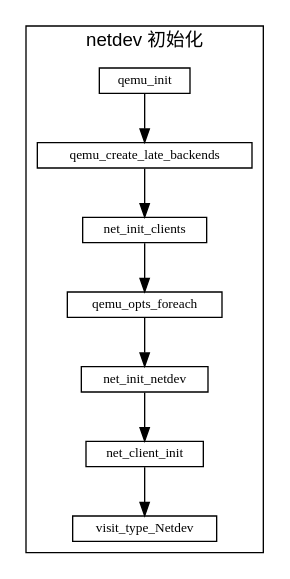
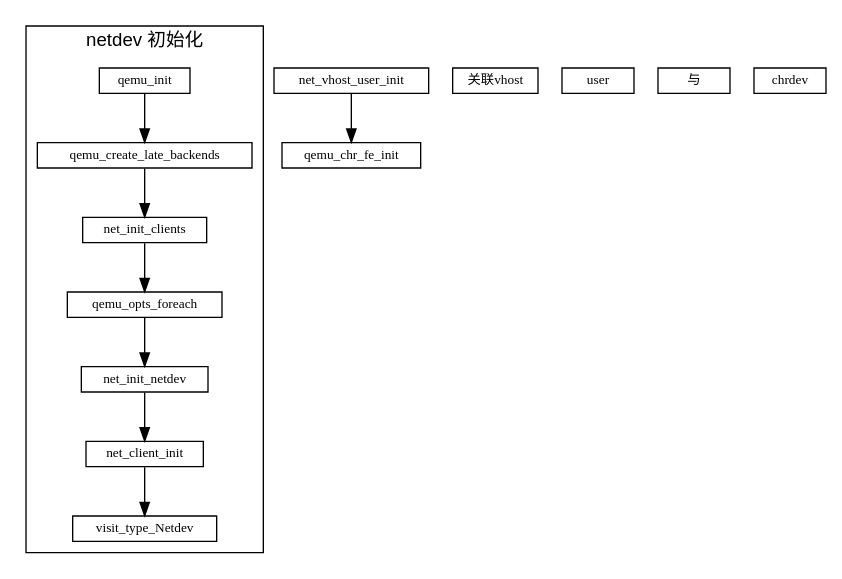
The diagram in qemu/qemu vhost_user的初始化逻辑.md (sisyphus1212/note), drawn with Graphviz before and after one commit.

Commit message:
auto_update

````diff
--- a/qemu/qemu vhost_user的初始化逻辑.md
+++ b/qemu/qemu vhost_user的初始化逻辑.md
@@ -13,20 +13,21 @@
 ```graphviz
 digraph {
 fontname="Helvetica,Arial,sans-serif"
 //node [fontname="Helvetica,Arial,sans-serif"]
 //edge [fontname="Helvetica,Arial,sans-serif"]
 //rankdir="LR"
 node [fontsize=10, shape=record, height=0.25]
 edge [fontsize=10]
   subgraph netdev_init {
     label="netdev 初始化";
     cluster=true;
     qemu_init -> qemu_create_late_backends
               -> net_init_clients
               -> qemu_opts_foreach
               -> net_init_netdev
               -> net_client_init
               -> visit_type_Netdev
   }
+  net_vhost_user_init -> qemu_chr_fe_init 关联vhost user 与 chrdev
 }
 ```
````
